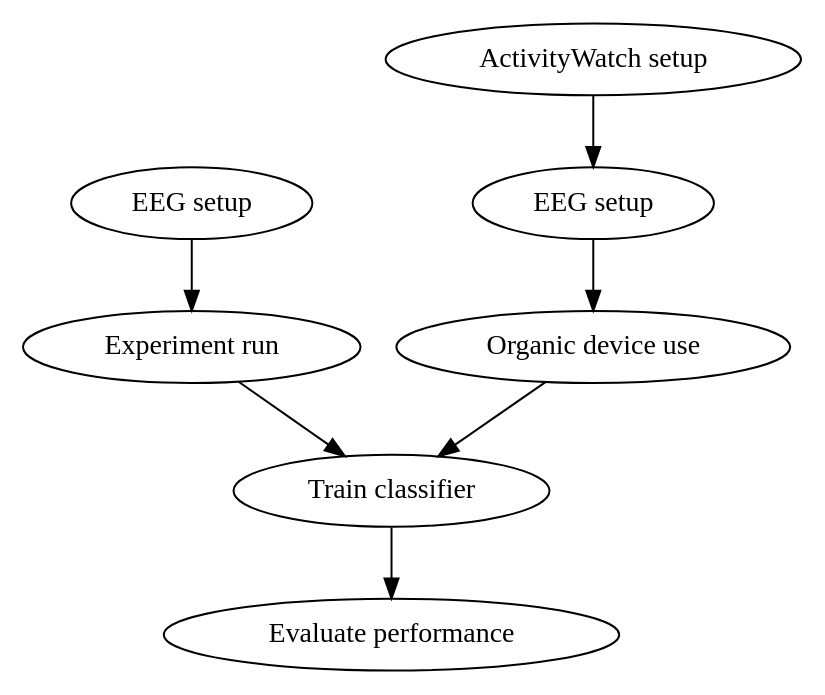
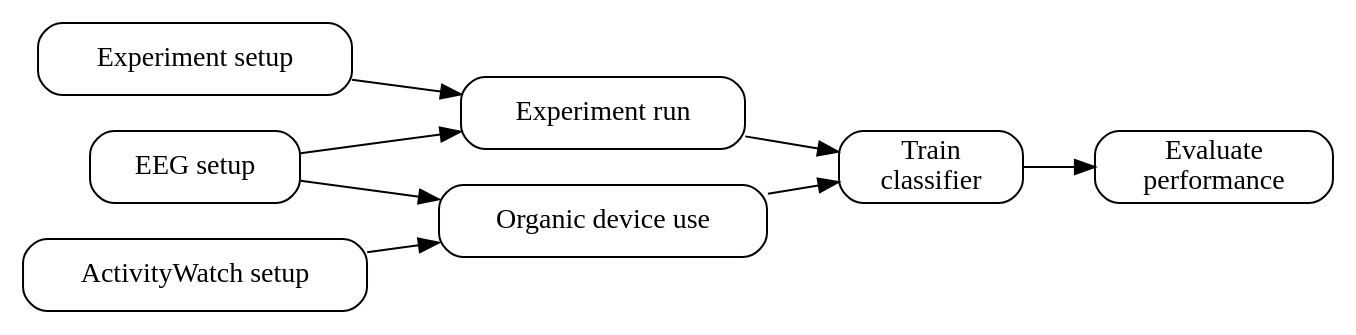
One commit to ErikBjare/thesis changed the diagram in docs/tex/img/method.dot. Above: the diagram before and after it, drawn with Graphviz. The commit also changed 6 other files, not shown here.

```diff
--- a/docs/tex/img/method.dot
+++ b/docs/tex/img/method.dot
@@ -1,25 +1,30 @@
 digraph graphname {
+    node [margin="0.2, 0", shape=box, style=rounded];
+    rankdir=LR;
     // TODO: Should I have seperate diagrams for the two conditions?
 
     // Controlled
+    C2[label="Experiment setup"];
     C1[label="EEG setup"];
-    C2[label="Experiment run"];
-    C1 -> C2;
-    C2 -> A1;
+    C3[label="Experiment run"];
+    C1 -> C3;
+    C2 -> C3;
+    C3 -> A1;
     //{rank = same; C1; C2;}
 
     // Uncontrolled
-    U1[label="ActivityWatch setup"];
-    U2[label="EEG setup"];
+    //U1[label="EEG setup"];
+    U2[label="ActivityWatch setup"];
     U3[label="Organic device use"];
-    U1 -> U2 -> U3;
+    C1 -> U3;
+    U2 -> U3;
     U3 -> A1;
     //{rank = same; U1; U2; U3;}
 
     // Analysis
-    A1[label="Train classifier"];
-    A2[label="Evaluate performance"];
+    A1[label="Train\nclassifier"];
+    A2[label="Evaluate\nperformance"];
     A1 -> A2;
     //{rank = same; A1; A2;}
 
 }
```
